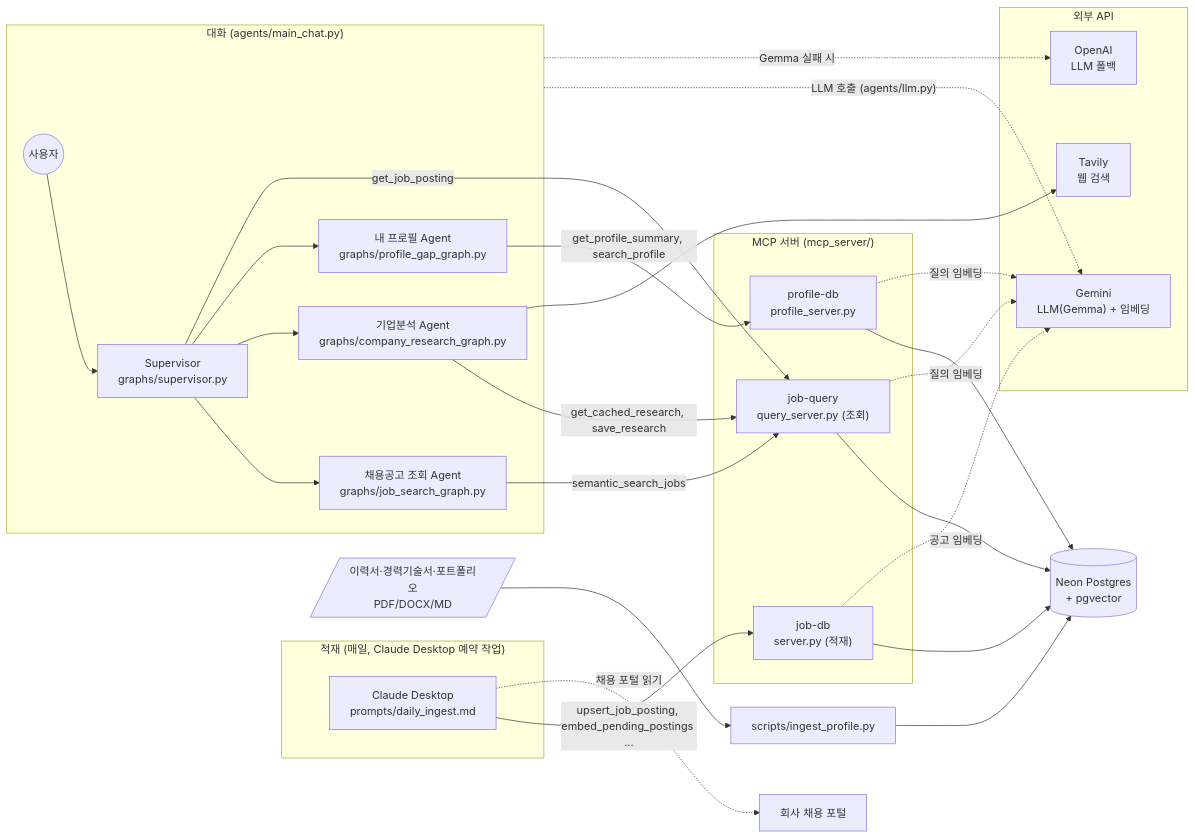
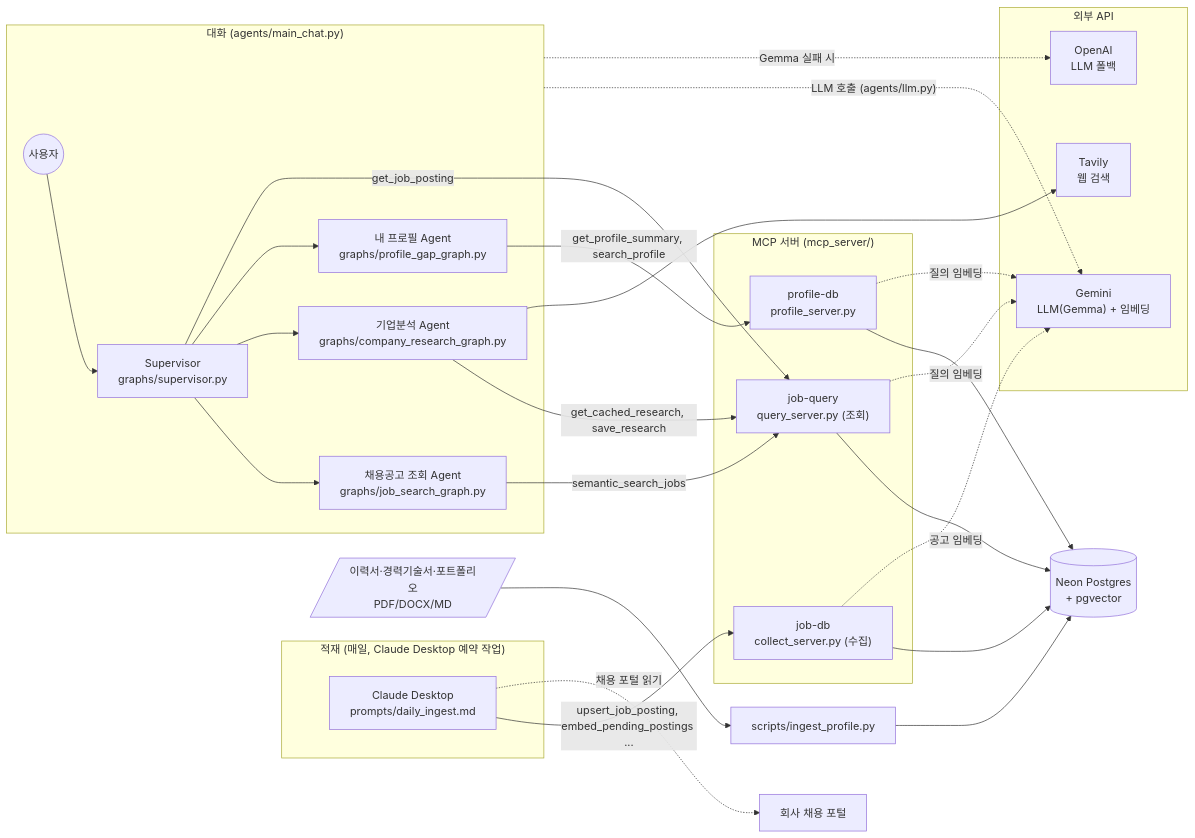
Before and after one commit to hymn-fly/recruit-posting-agent: the first of 5 diagrams in README.md, drawn with Mermaid. The commit also changed other lines of this file and 9 other files, not shown here.

````diff
--- a/README.md
+++ b/README.md
@@ -82,46 +82,46 @@
 ```mermaid
 flowchart LR
     subgraph Ingest["적재 (매일, Claude Desktop 예약 작업)"]
         CD["Claude Desktop<br/>prompts/daily_ingest.md"]
     end
 
     subgraph Chat["대화 (agents/main_chat.py)"]
         U(("사용자")) --> SV["Supervisor<br/>graphs/supervisor.py"]
         SV --> JS["채용공고 조회 Agent<br/>graphs/job_search_graph.py"]
         SV --> CR["기업분석 Agent<br/>graphs/company_research_graph.py"]
         SV --> PG["내 프로필 Agent<br/>graphs/profile_gap_graph.py"]
     end
 
     subgraph MCP["MCP 서버 (mcp_server/)"]
-        JDB["job-db<br/>server.py (적재)"]
+        JDB["job-db<br/>collect_server.py (수집)"]
         JQ["job-query<br/>query_server.py (조회)"]
         PDB["profile-db<br/>profile_server.py"]
     end
 
     subgraph Ext["외부 API"]
         GEM["Gemini<br/>LLM(Gemma) + 임베딩"]
         OAI["OpenAI<br/>LLM 폴백"]
         TAV["Tavily<br/>웹 검색"]
     end
 
     DB[("Neon Postgres<br/>+ pgvector")]
     SCR["scripts/ingest_profile.py"]
     FILES[/"이력서·경력기술서·포트폴리오<br/>PDF/DOCX/MD"/]
 
     CD -- "upsert_job_posting, embed_pending_postings ..." --> JDB
     CD -. "채용 포털 읽기" .-> WEB["회사 채용 포털"]
     JS -- semantic_search_jobs --> JQ
     CR -- "get_cached_research, save_research" --> JQ
     CR --> TAV
     PG -- "get_profile_summary, search_profile" --> PDB
     SV -- "get_job_posting" --> JQ
     FILES --> SCR --> DB
     JDB --> DB
     JQ --> DB
     PDB --> DB
     JDB -. "공고 임베딩" .-> GEM
     JQ -. "질의 임베딩" .-> GEM
     PDB -. "질의 임베딩" .-> GEM
     Chat -. "LLM 호출 (agents/llm.py)" .-> GEM
     Chat -. "Gemma 실패 시" .-> OAI
 ```
````
